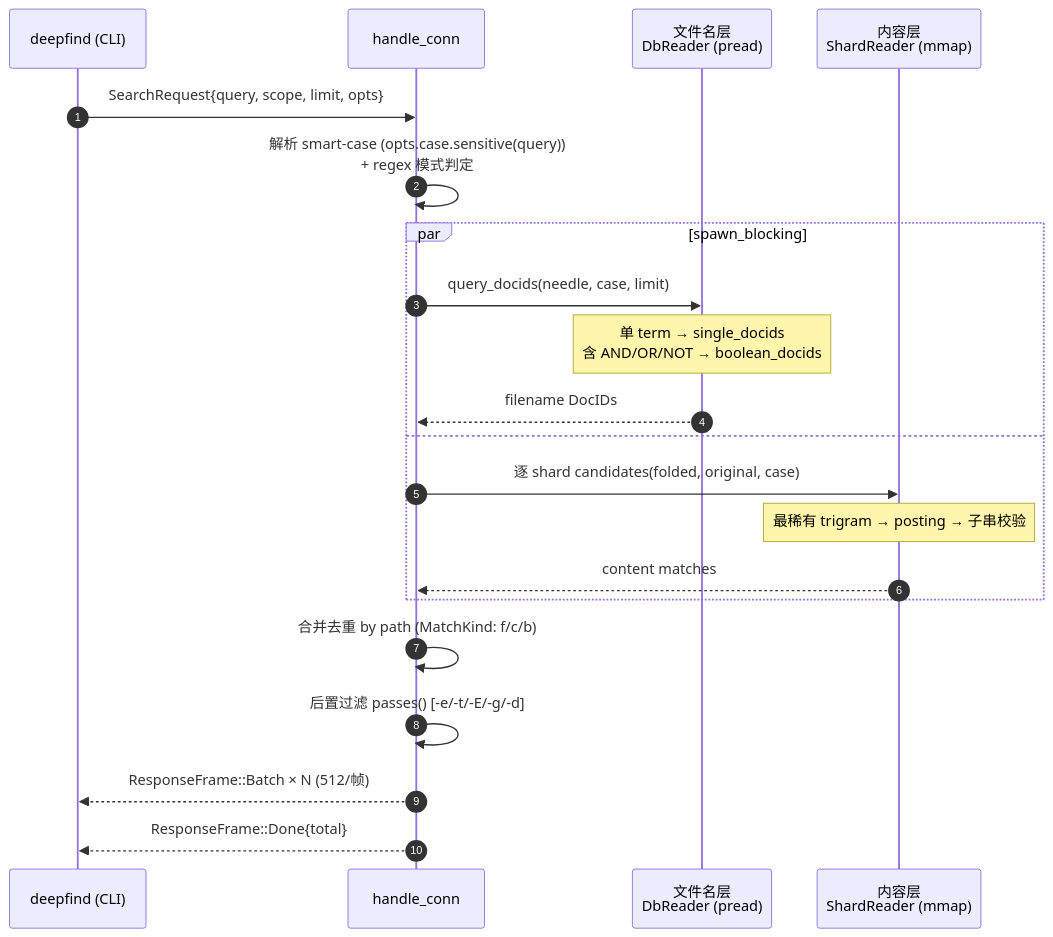
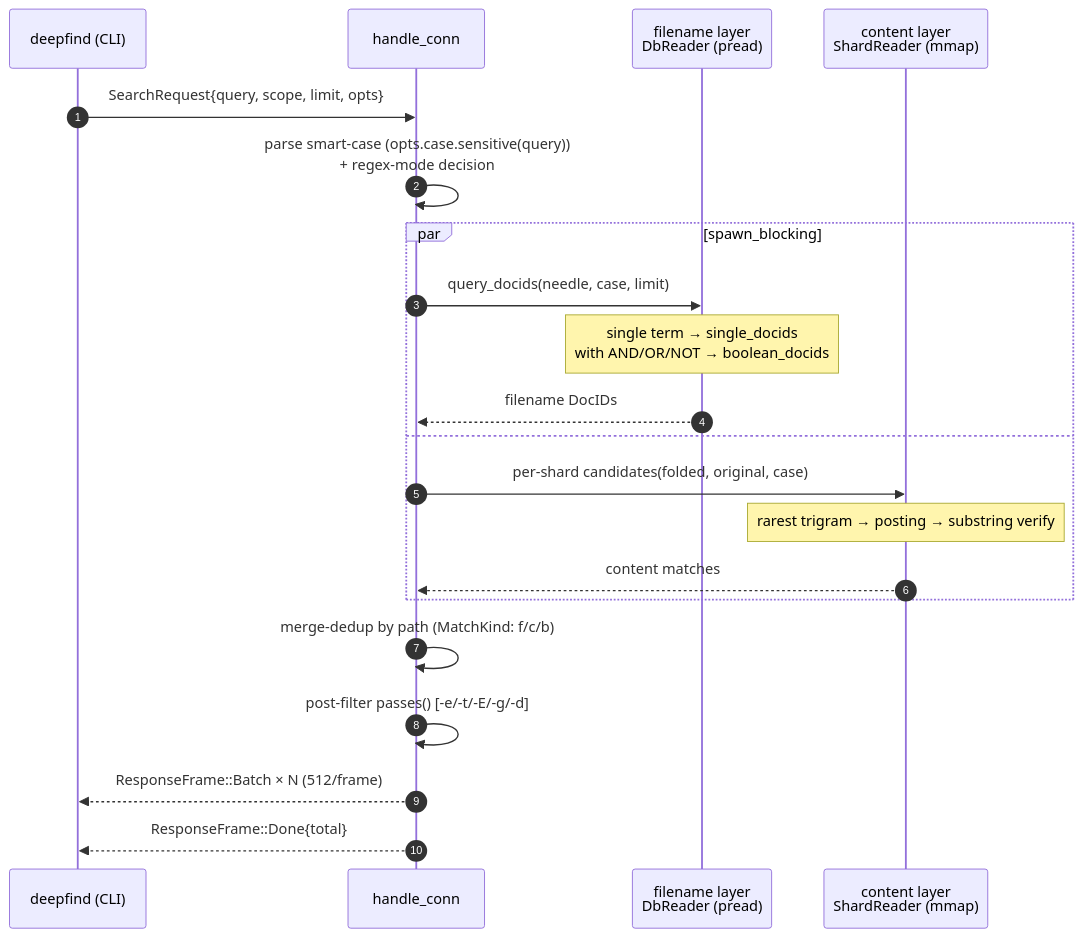
One commit to nadav-cheung/DeepFinder changed the fifth of 5 diagrams in docs/architecture.md. Above: the diagram before and after it, drawn with Mermaid. The commit also changed other lines of this file and 3 other files, not shown here.

First line of the commit message:
docs: rewrite architecture/decisions/perf-baseline/tech-selection to English + OSS-standard formats

````diff
--- a/docs/architecture.md
+++ b/docs/architecture.md
@@ -187,24 +187,24 @@
 ```mermaid
 sequenceDiagram
     autonumber
     participant CLI as deepfind (CLI)
     participant HC as handle_conn
-    participant FN as 文件名层<br/>DbReader (pread)
-    participant CT as 内容层<br/>ShardReader (mmap)
+    participant FN as filename layer<br/>DbReader (pread)
+    participant CT as content layer<br/>ShardReader (mmap)
 
     CLI->>HC: SearchRequest{query, scope, limit, opts}
-    HC->>HC: 解析 smart-case (opts.case.sensitive(query))<br/>+ regex 模式判定
+    HC->>HC: parse smart-case (opts.case.sensitive(query))<br/>+ regex-mode decision
     par spawn_blocking
         HC->>FN: query_docids(needle, case, limit)
-        Note over FN: 单 term → single_docids<br/>含 AND/OR/NOT → boolean_docids
+        Note over FN: single term → single_docids<br/>with AND/OR/NOT → boolean_docids
         FN-->>HC: filename DocIDs
     and
-        HC->>CT: 逐 shard candidates(folded, original, case)
-        Note over CT: 最稀有 trigram → posting → 子串校验
+        HC->>CT: per-shard candidates(folded, original, case)
+        Note over CT: rarest trigram → posting → substring verify
         CT-->>HC: content matches
     end
-    HC->>HC: 合并去重 by path (MatchKind: f/c/b)
-    HC->>HC: 后置过滤 passes() [-e/-t/-E/-g/-d]
-    HC-->>CLI: ResponseFrame::Batch × N (512/帧)
+    HC->>HC: merge-dedup by path (MatchKind: f/c/b)
+    HC->>HC: post-filter passes() [-e/-t/-E/-g/-d]
+    HC-->>CLI: ResponseFrame::Batch × N (512/frame)
     HC-->>CLI: ResponseFrame::Done{total}
 ```
````
